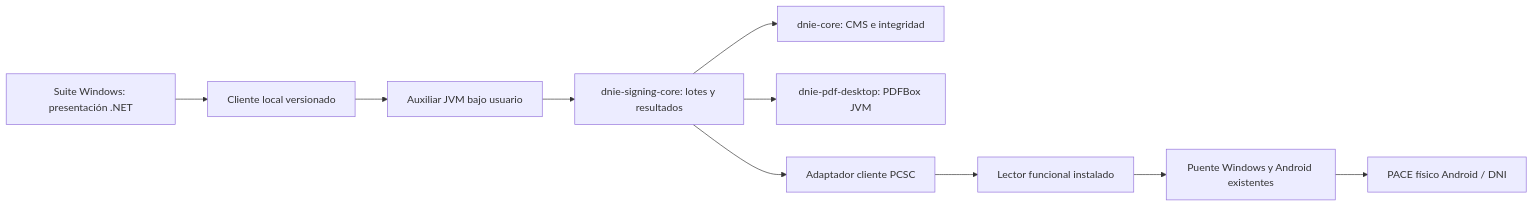
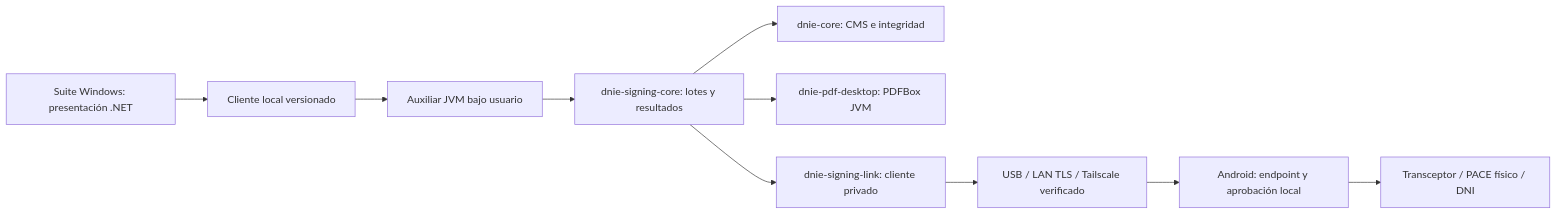
The diagram in docs/architecture/PLAN_SUITE_FIRMA_PROPIA.md (sebastgm35010/dnie-suite), drawn with Mermaid before and after one commit. The commit also changed other lines of this file and 17 other files, not shown here.

Commit message:
feat: introduce private signing link independent of PCSC

````diff
--- a/docs/architecture/PLAN_SUITE_FIRMA_PROPIA.md
+++ b/docs/architecture/PLAN_SUITE_FIRMA_PROPIA.md
@@ -115,12 +101,12 @@
 ```mermaid
 flowchart LR
     UI[Suite Windows: presentación .NET] --> IPC[Cliente local versionado]
     IPC --> Worker[Auxiliar JVM bajo usuario]
     Worker --> Jobs[dnie-signing-core: lotes y resultados]
     Jobs --> CMS[dnie-core: CMS e integridad]
     Jobs --> PDF[dnie-pdf-desktop: PDFBox JVM]
-    Jobs --> Card[Adaptador cliente PCSC]
-    Card --> Reader[Lector funcional instalado]
-    Reader --> Bridge[Puente Windows y Android existentes]
-    Bridge --> DNI[PACE físico Android / DNI]
+    Jobs --> Card[dnie-signing-link: cliente privado]
+    Card --> Transport[USB / LAN TLS / Tailscale verificado]
+    Transport --> Endpoint[Android: endpoint y aprobación local]
+    Endpoint --> DNI[Transceptor / PACE físico / DNI]
 ```
````
